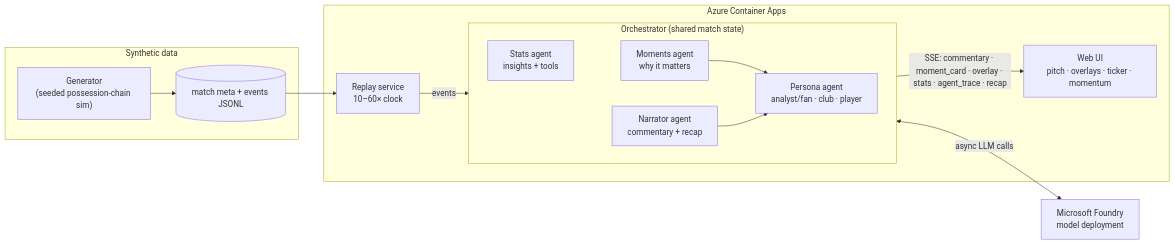
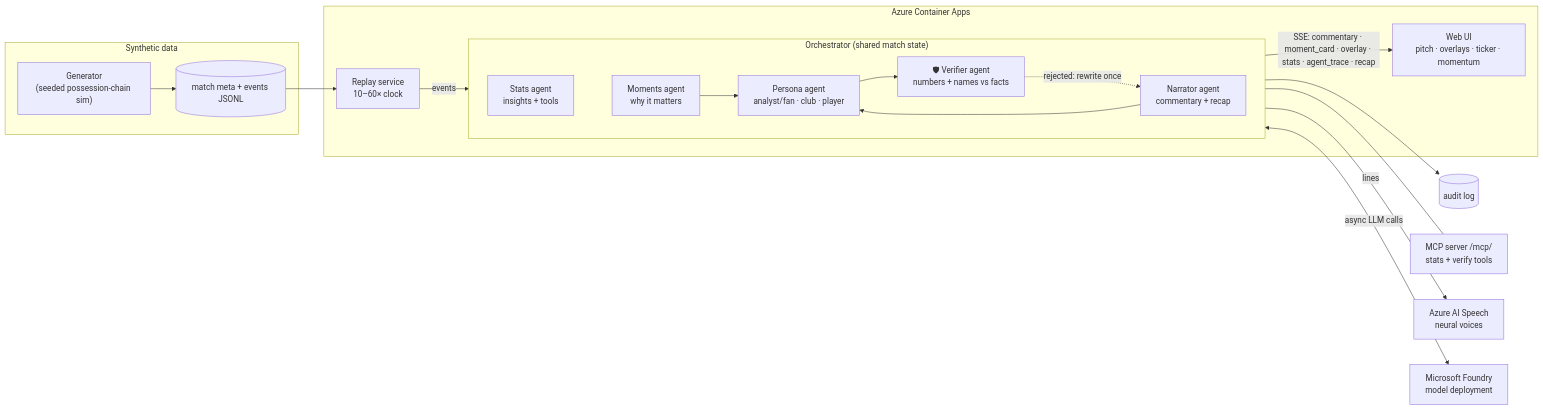
One commit to ismael-De/echo-pitch changed the diagram in README.md. Above: the diagram before and after it, drawn with Mermaid. The commit also changed other lines of this file and 4 other files, not shown here.

Commit message:
docs: README (measured results first, Verifier, MCP, Speech, accessibility, approval), pitch and submission checklist for v2

````diff
--- a/README.md
+++ b/README.md
@@ -55,22 +76,27 @@
 ```mermaid
 flowchart LR
   subgraph Data["Synthetic data"]
     G["Generator<br/>(seeded possession-chain sim)"] --> D[("match meta + events JSONL")]
   end
   D --> R["Replay service<br/>10–60× clock"]
   R -->|events| O
   subgraph O["Orchestrator (shared match state)"]
     direction LR
     S["Stats agent<br/>insights + tools"]
     M["Moments agent<br/>why it matters"] --> P["Persona agent<br/>analyst/fan · club · player"]
     N["Narrator agent<br/>commentary + recap"] --> P
+    P --> V["🛡 Verifier agent<br/>numbers + names vs facts"]
+    V -.->|"rejected: rewrite once"| N
     S ~~~ M
   end
+  O --> AU[("audit log")]
+  V --- MCP["MCP server /mcp/<br/>stats + verify tools"]
+  O -->|"lines"| SP["Azure AI Speech<br/>neural voices"]
   O <-->|"async LLM calls"| F["Microsoft Foundry<br/>model deployment"]
   O -->|"SSE: commentary · moment_card · overlay · stats · agent_trace · recap"| UI["Web UI<br/>pitch · overlays · ticker · momentum"]
   subgraph Azure["Azure Container Apps"]
     R
     O
     UI
   end
 ```
````
